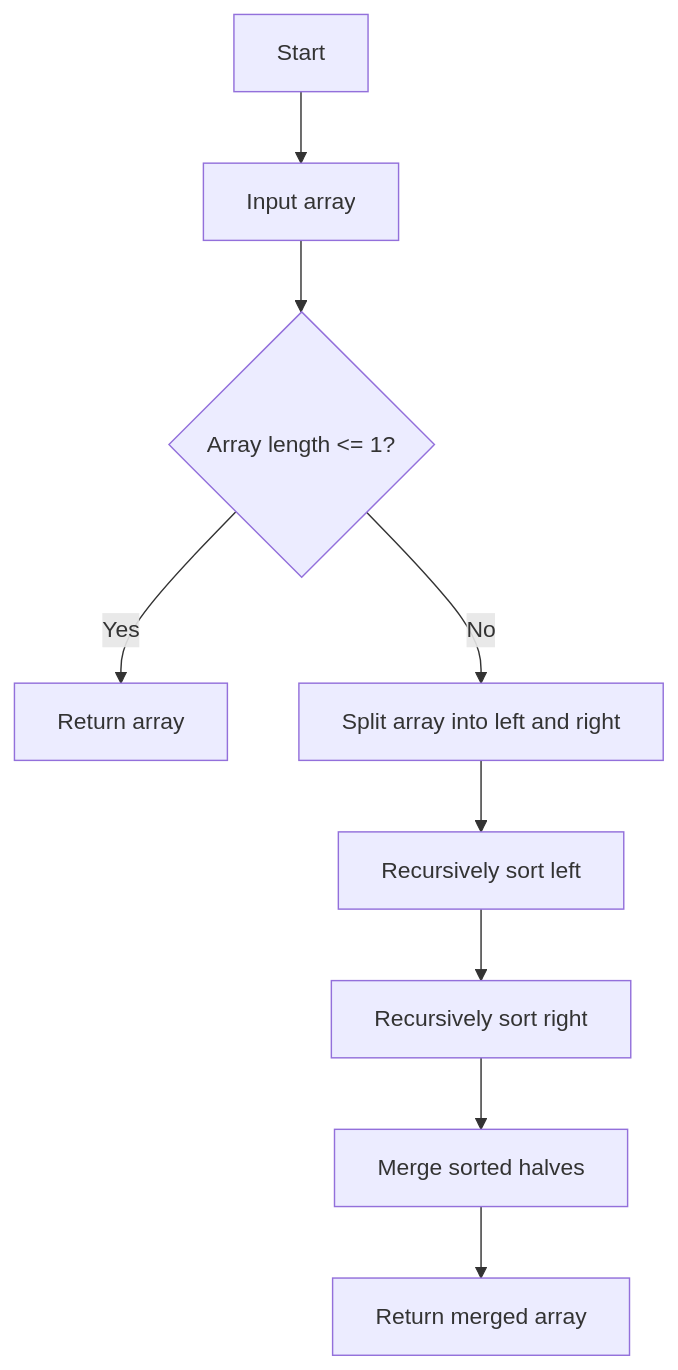
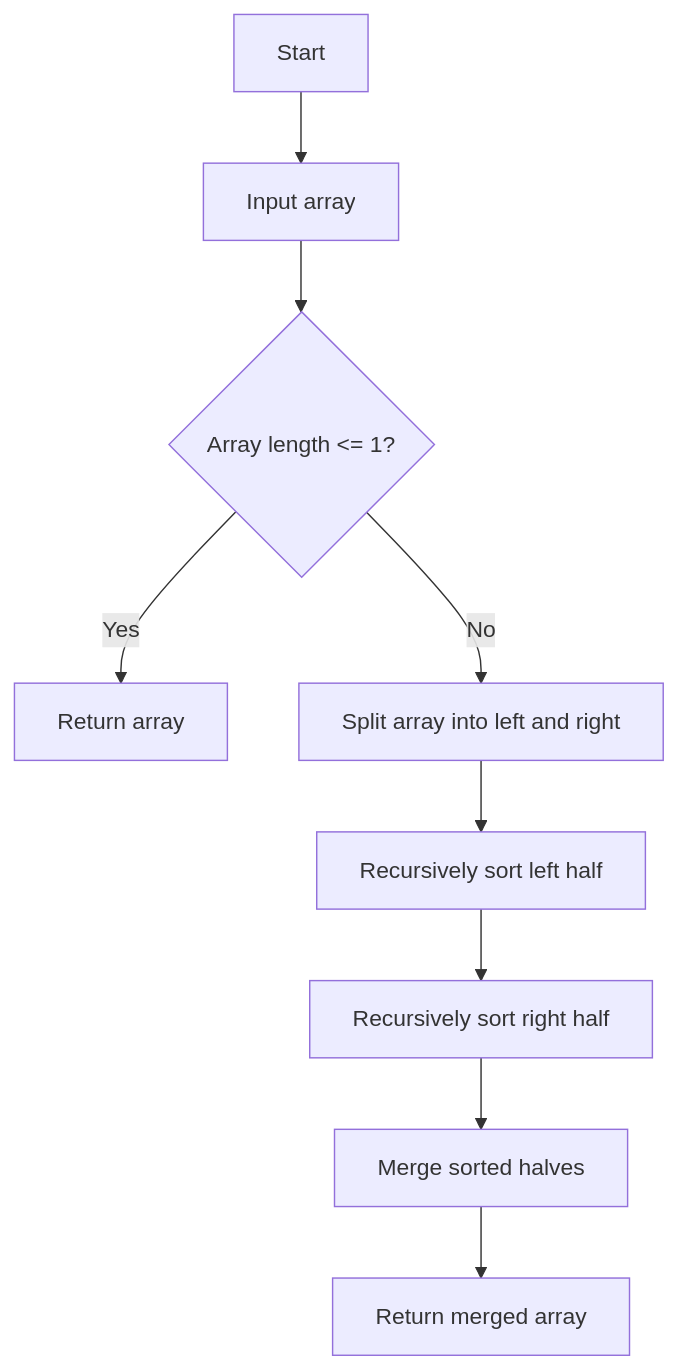
The second of 4 diagrams in README.md (brovy23-GD/Rovy_Assignement_7_2), drawn with Mermaid before and after one commit. The commit also changed other lines of this file, not shown here.

Commit message:
Clarify variable names in README flowcharts

````diff
--- a/README.md
+++ b/README.md
@@ -127,11 +127,11 @@
 ```mermaid
 flowchart TD
     A[Start] --> B[Input array]
     B --> C{Array length <= 1?}
     C -->|Yes| D[Return array]
     C -->|No| E[Split array into left and right]
-    E --> F[Recursively sort left]
-    F --> G[Recursively sort right]
+    E --> F[Recursively sort left half]
+    F --> G[Recursively sort right half]
     G --> H[Merge sorted halves]
     H --> I[Return merged array]
 ```
````
